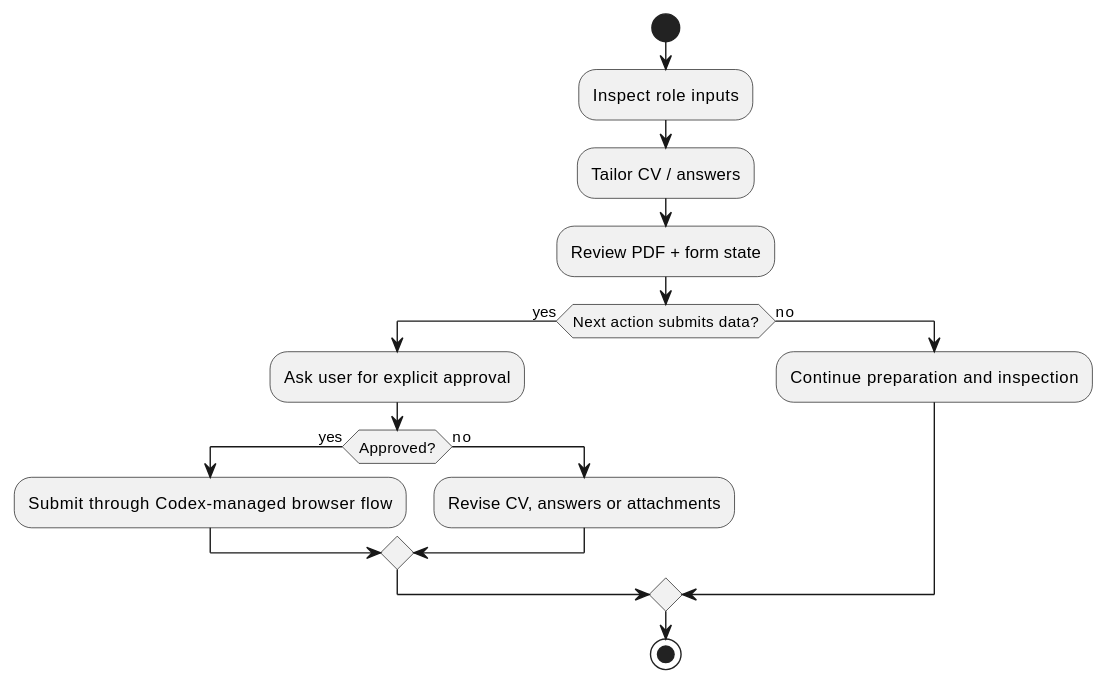
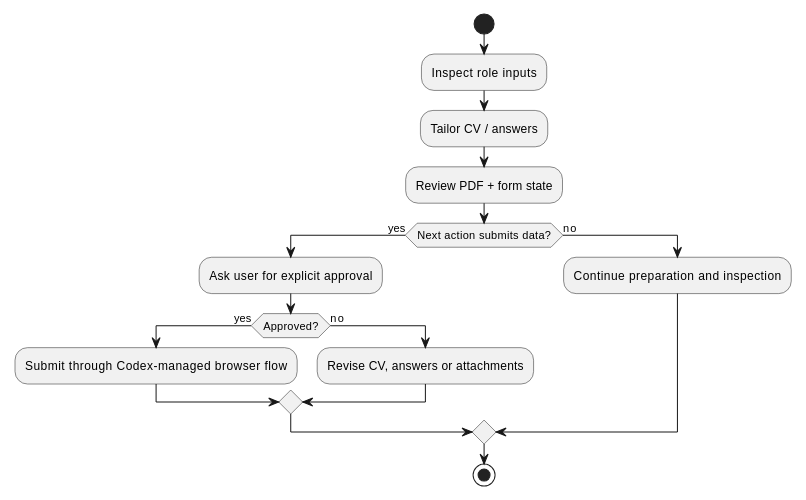
The diagram in docs/guardrails.md (ddm18/codex-managed-application-workflow), drawn with PlantUML before and after one commit. The commit also changed other lines of this file and 1 other file, not shown here.

Commit message:
Reduce guardrails diagram size

````diff
--- a/docs/guardrails.md
+++ b/docs/guardrails.md
@@ -10,21 +10,22 @@
 ```plantuml
 @startuml
+scale 0.72
 start
 :Inspect role inputs;
 :Tailor CV / answers;
 :Review PDF + form state;
 
 if (Next action submits data?) then (yes)
   :Ask user for explicit approval;
   if (Approved?) then (yes)
     :Submit through Codex-managed browser flow;
   else (no)
     :Revise CV, answers or attachments;
   endif
 else (no)
   :Continue preparation and inspection;
 endif
 
 stop
 @enduml
 ```
````
